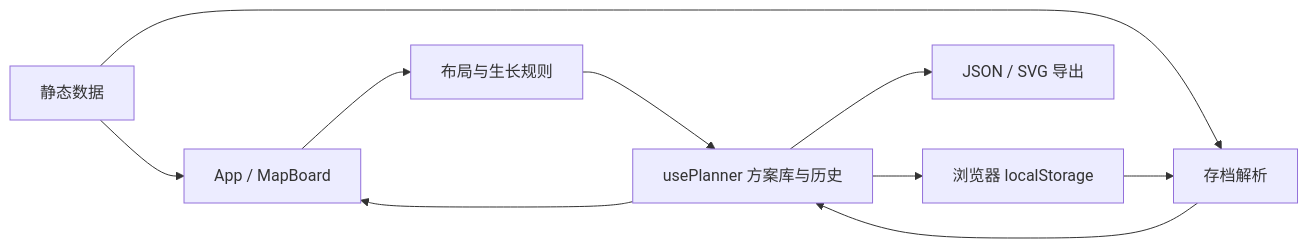
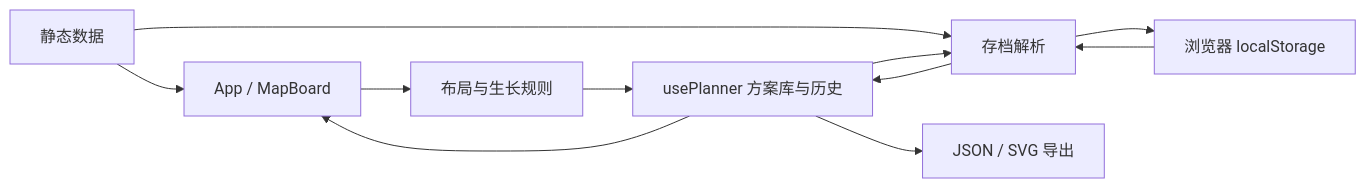
Before and after one commit to z-voluntad/everdale-tree-planner: the diagram in docs/ARCHITECTURE.md, drawn with Mermaid. The commit also changed other lines of this file and 14 other files, not shown here.

````diff
--- a/docs/ARCHITECTURE.md
+++ b/docs/ARCHITECTURE.md
@@ -42,12 +44,13 @@
 ```mermaid
 flowchart LR
   Data[静态数据] --> App[App / MapBoard]
   Data --> Storage[存档解析]
   App --> Rules[布局与生长规则]
   Rules --> Planner[usePlanner 方案库与历史]
   Planner --> App
   Storage --> Planner
-  Planner --> Local[浏览器 localStorage]
+  Planner --> Storage
+  Storage --> Local[浏览器 localStorage]
   Local --> Storage
   Planner --> Export[JSON / SVG 导出]
 ```
````
